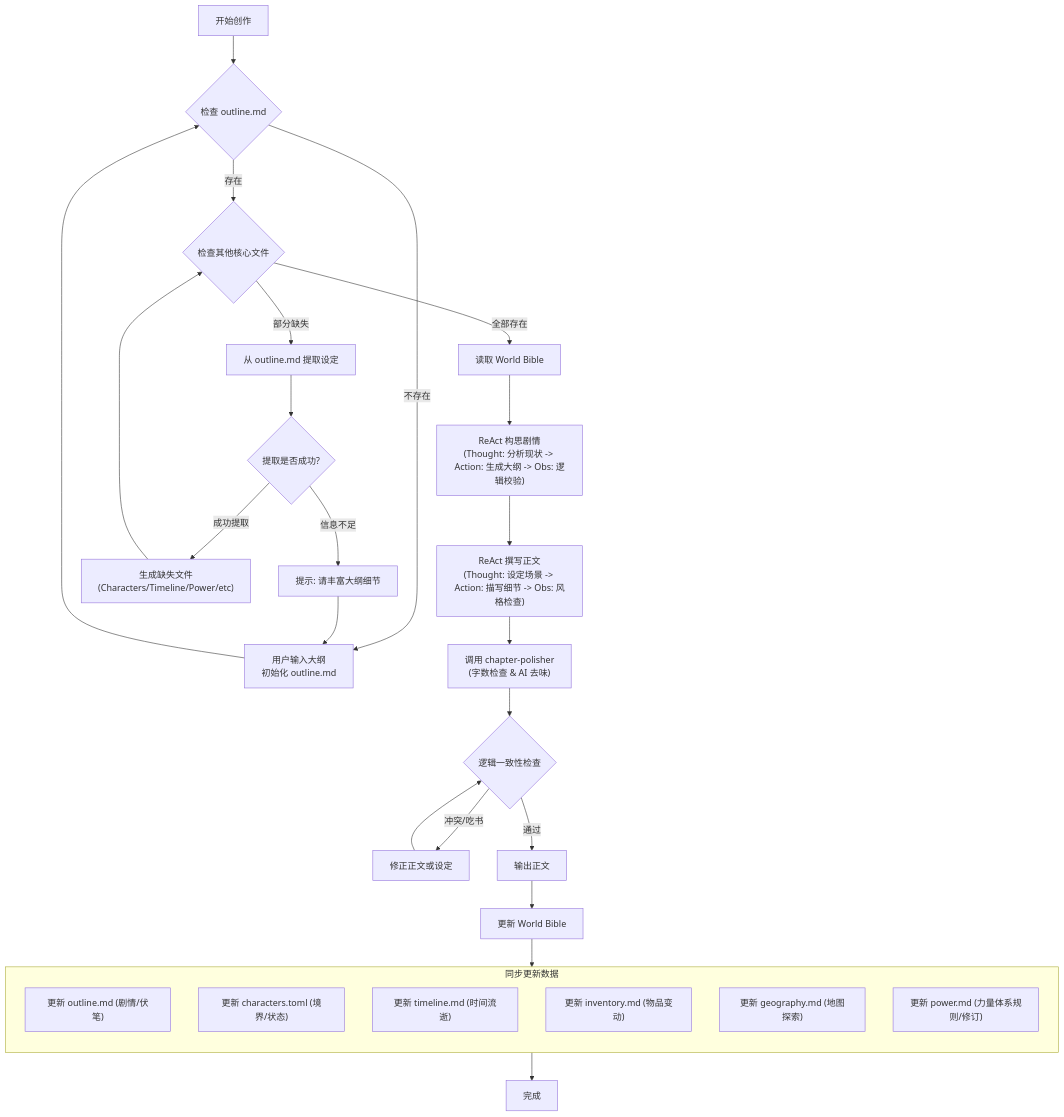
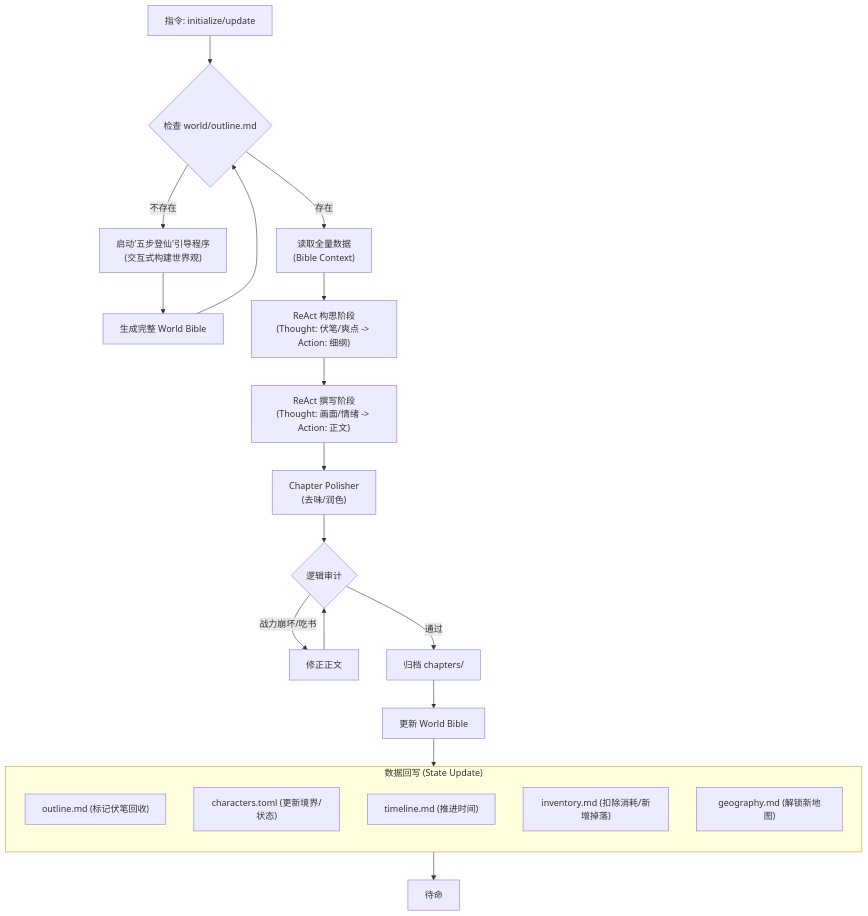
Before and after one commit to tiger-yi/novel-assistant: the diagram in AGENTS.md, drawn with Mermaid. The commit also changed other lines of this file, not shown here.

````diff
--- a/AGENTS.md
+++ b/AGENTS.md
@@ -33,44 +33,33 @@
 ```mermaid
 flowchart TD
-    Start["开始创作"] --> CheckOutline{"检查 outline.md"}
+    Start["指令: initialize/update"] --> CheckOutline{"检查 world/outline.md"}
 
-    CheckOutline -->|"不存在"| InputOutline["用户输入大纲\n初始化 outline.md"]
-    InputOutline --> CheckOutline
+    CheckOutline -->|"不存在"| Genesis["启动'五步登仙'引导程序\n(交互式构建世界观)"]
+    Genesis --> GenerateBible["生成完整 World Bible"]
+    GenerateBible --> CheckOutline
 
-    CheckOutline -->|"存在"| CheckOthers{"检查其他核心文件"}
+    CheckOutline -->|"存在"| Read["读取全量数据\n(Bible Context)"]
+
+    Read --> Plan["ReAct 构思阶段\n(Thought: 伏笔/爽点 -> Action: 细纲)"]
+    Plan --> Draft["ReAct 撰写阶段\n(Thought: 画面/情绪 -> Action: 正文)"]
+    Draft --> Polish["Chapter Polisher\n(去味/润色)"]
+    Polish --> Verify{"逻辑审计"}
     
-    CheckOthers -->|"部分缺失"| Extract["从 outline.md 提取设定"]
-    Extract --> VerifyExtract{"提取是否成功?"}
-    
-    VerifyExtract -->|"信息不足"| RequestUpdate["提示: 请丰富大纲细节"]
-    RequestUpdate --> InputOutline
-    
-    VerifyExtract -->|"成功提取"| Generate["生成缺失文件\n(Characters/Timeline/Power/etc)"]
-    Generate --> CheckOthers
-    
-    CheckOthers -->|"全部存在"| Read["读取 World Bible"]
-
-    Read --> Plan["ReAct 构思剧情\n(Thought: 分析现状 -> Action: 生成大纲 -> Obs: 逻辑校验)"]
-    Plan --> Draft["ReAct 撰写正文\n(Thought: 设定场景 -> Action: 描写细节 -> Obs: 风格检查)"]
-    Draft --> Polish["调用 chapter-polisher\n(字数检查 & AI 去味)"]
-    Polish --> Verify{"逻辑一致性检查"}
-    
-    Verify -->|"冲突/吃书"| Fix["修正正文或设定"]
+    Verify -->|"战力崩坏/吃书"| Fix["修正正文"]
     Fix --> Verify
     
-    Verify -->|"通过"| Publish["输出正文"]
+    Verify -->|"通过"| Publish["归档 chapters/"]
     Publish --> Update["更新 World Bible"]
     
-    subgraph UpdateBible ["同步更新数据"]
+    subgraph UpdateBible ["数据回写 (State Update)"]
         direction TB
-        U1["更新 outline.md (剧情/伏笔)"]
-        U2["更新 characters.toml (境界/状态)"]
-        U3["更新 timeline.md (时间流逝)"]
-        U4["更新 inventory.md (物品变动)"]
-        U5["更新 geography.md (地图探索)"]
-        U6["更新 power.md (力量体系规则/修订)"]
+        U1["outline.md (标记伏笔回收)"]
+        U2["characters.toml (更新境界/状态)"]
+        U3["timeline.md (推进时间)"]
+        U4["inventory.md (扣除消耗/新增掉落)"]
+        U5["geography.md (解锁新地图)"]
     end
     
     Update --> UpdateBible
-    UpdateBible --> Finish["完成"]
+    UpdateBible --> Finish["待命"]
 ```
````
